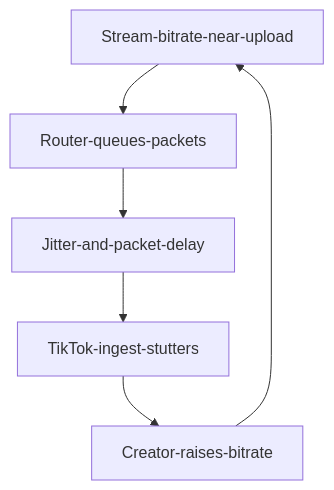
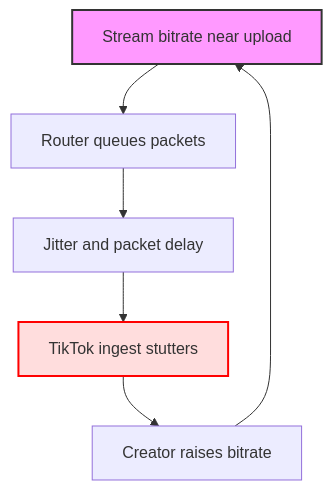
One commit to littl3-boat/ttwise changed the diagram in data/blog/tiktok-live-dropping-frames-obs-preview-smooth-decision-guide-2026.mdx. Above: the diagram before and after it, drawn with Mermaid. The commit also changed 68 other files, not shown here.

Commit message:
feat: fix Mermaid syntax across blogs and add new posts for quality penalty and empty view trap

````diff
--- a/data/blog/tiktok-live-dropping-frames-obs-preview-smooth-decision-guide-2026.mdx
+++ b/data/blog/tiktok-live-dropping-frames-obs-preview-smooth-decision-guide-2026.mdx
@@ -39,8 +39,11 @@
 ```mermaid
 flowchart TD
-  A[Stream-bitrate-near-upload] --> B[Router-queues-packets]
-  B --> C[Jitter-and-packet-delay]
-  C --> D[TikTok-ingest-stutters]
-  D --> E[Creator-raises-bitrate]
+  A["Stream bitrate near upload"] --> B["Router queues packets"]
+  B --> C["Jitter and packet delay"]
+  C --> D["TikTok ingest stutters"]
+  D --> E["Creator raises bitrate"]
   E --> A
+  
+  style A fill:#f9f,stroke:#333,stroke-width:2px
+  style D fill:#fdd,stroke:#f00,stroke-width:2px
 ```
````
